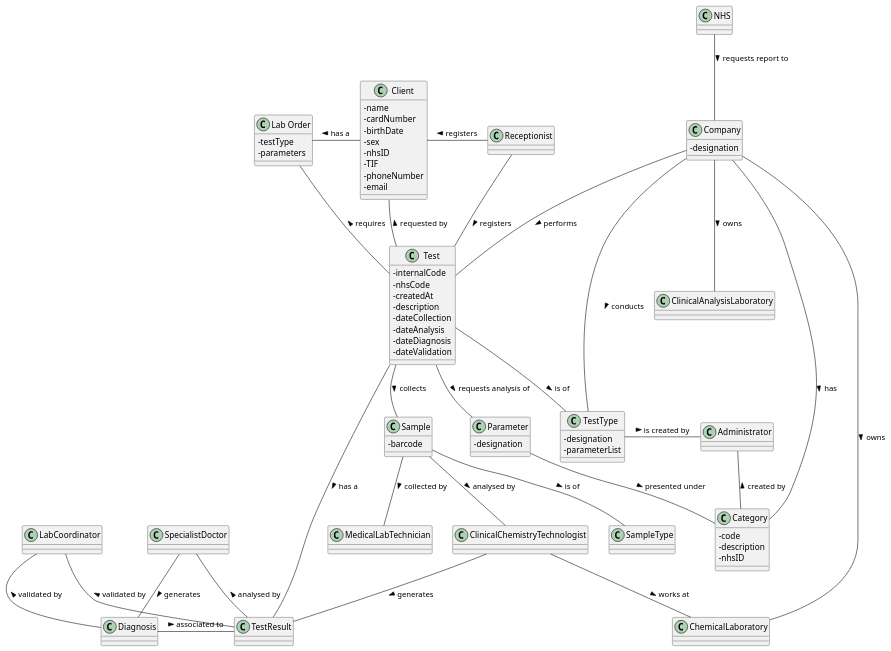
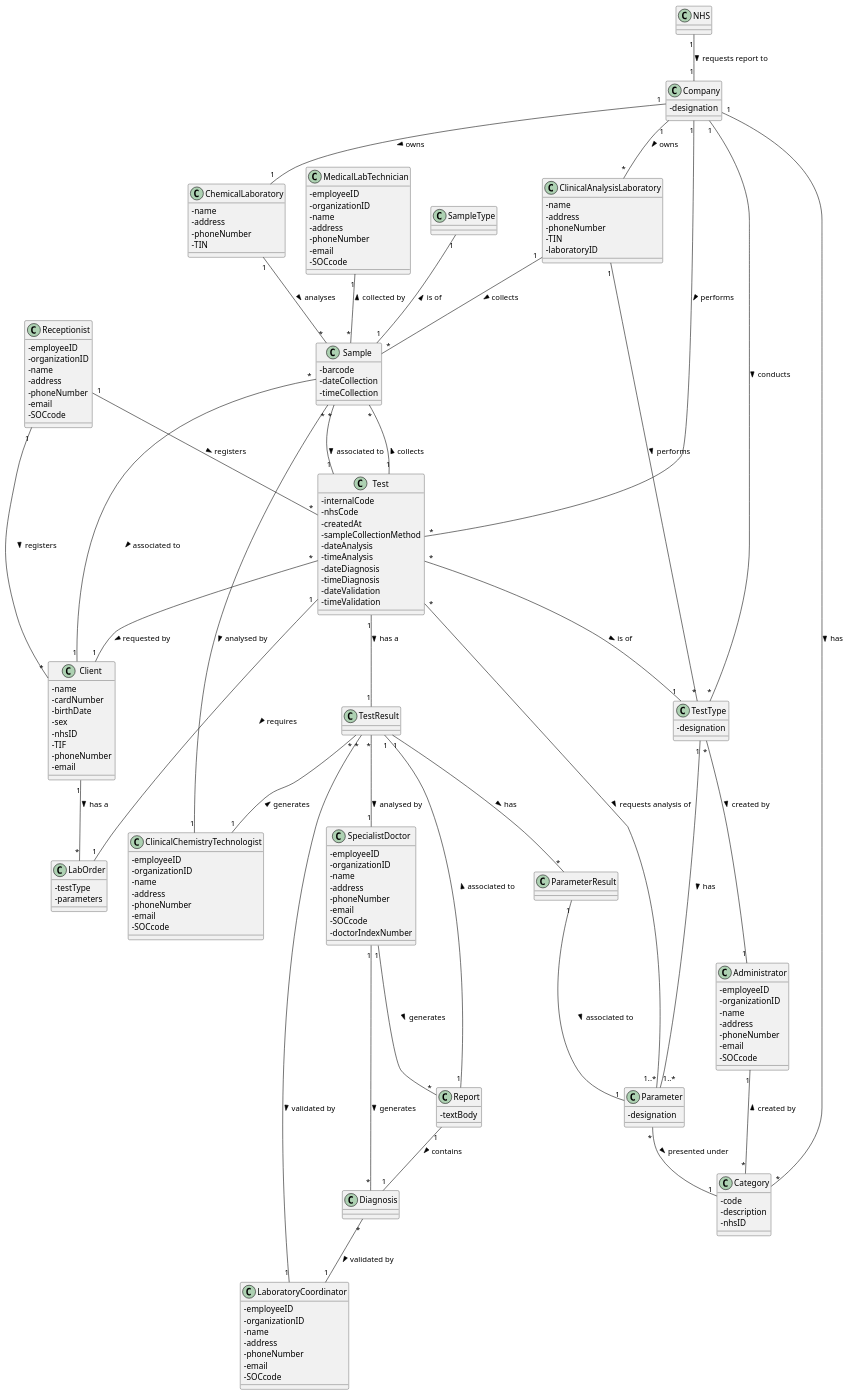
One commit to MadDinosaur/ISEP-LAPR2 changed the diagram in docs/SprintA/DM.puml. Above: the diagram before and after it, drawn with PlantUML. The commit also changed 2 other files, not shown here.

```diff
--- a/docs/SprintA/DM.puml
+++ b/docs/SprintA/DM.puml
@@ -1,87 +1,163 @@
 @startuml
 skinparam classAttributeIconSize 0
-class Test {
--internalCode 
--nhsCode
--createdAt
--description 
--dateCollection 
--dateAnalysis 
--dateDiagnosis 
--dateValidation
+
+class Administrator {
+-employeeID
+-organizationID
+-name
+-address
+-phoneNumber
+-email
+-SOCcode
 }
-class TestType {
--designation
--parameterList
+class Category {
+-code
+-description
+-nhsID
+}
+class ChemicalLaboratory {
+-name
+-address
+-phoneNumber
+-TIN
 }
 class Client {
 -name 
 -cardNumber 
 -birthDate 
 -sex 
 -nhsID
 -TIF
 -phoneNumber
 -email
 }
-class Sample {
--barcode
+class ClinicalAnalysisLaboratory {
+-name
+-address
+-phoneNumber
+-TIN
+-laboratoryID
+}
+class ClinicalChemistryTechnologist {
+-employeeID
+-organizationID
+-name
+-address
+-phoneNumber
+-email
+-SOCcode
+}
+class Company {
+-designation
+}
+class Diagnosis
+class LabOrder {
+-testType 
+-parameters 
+}
+class LaboratoryCoordinator {
+-employeeID
+-organizationID
+-name
+-address
+-phoneNumber
+-email
+-SOCcode
+}
+class MedicalLabTechnician {
+-employeeID
+-organizationID
+-name
+-address
+-phoneNumber
+-email
+-SOCcode
+}
+class NHS
+class Receptionist {
+-employeeID
+-organizationID
+-name
+-address
+-phoneNumber
+-email
+-SOCcode
+}
+class Test {
+-internalCode 
+-nhsCode
+-createdAt
+-sampleCollectionMethod
+-dateAnalysis
+-timeAnalysis
+-dateDiagnosis
+-timeDiagnosis
+-dateValidation
+-timeValidation
 }
 class Parameter {
 -designation
 }
-class "Lab Order" {
--testType 
--parameters 
+class ParameterResult
+class Report {
+-textBody
 }
-class Company {
+class TestResult
+class TestType {
 -designation
 }
-class Category {
--code
--description
--nhsID
+class Sample {
+-barcode
+-dateCollection
+-timeCollection
 }
-class Administrator
 class SampleType
-class MedicalLabTechnician
-class ClinicalChemistryTechnologist
-class ChemicalLaboratory
-class Receptionist
-class TestResult
-class SpecialistDoctor
-class LabCoordinator
-class Diagnosis
-class NHS
-Client -left- "Lab Order" : has a >
-Company -down- TestType : conducts >
-Company -down- ChemicalLaboratory : owns >
-Company -down- ClinicalAnalysisLaboratory : owns >
-Test -down- "TestType" : is of >
-Test -up- Client : requested by >
-Test -down- Sample : collects >
-Test -down- Parameter : requests analysis of >
-Test -up- "Lab Order" : requires >
-Test -up- Company : performs <
-Test -down- TestResult : has a >
-Administrator -- Category : created by <
-Parameter -- Category : presented under >
-SampleType -up- Sample  : is of <
-MedicalLabTechnician -up- Sample : collected by <
-ClinicalChemistryTechnologist -up- Sample : analysed by <
-ClinicalChemistryTechnologist -down- ChemicalLaboratory : works at >
-Receptionist -left- Client : registers >
-Receptionist -down- Test : registers >
-TestResult -up- ClinicalChemistryTechnologist : generates <
-TestResult -up- SpecialistDoctor : analysed by >
-TestResult -up- LabCoordinator : validated by >
-Diagnosis -up- SpecialistDoctor : generates <
-Diagnosis -up- LabCoordinator : validated by >
-Diagnosis -right- TestResult : associated to >
-NHS -down- Company : requests report to >
-Company -down- Category : has >
-TestType -right- Administrator : is created by >
+class SpecialistDoctor {
+-employeeID
+-organizationID
+-name
+-address
+-phoneNumber
+-email
+-SOCcode
+-doctorIndexNumber
+}
 
-'Note:
-'Consider the following generalizations: Employee and Laboratory
+Administrator "1"--"*" Category : created by <
+ChemicalLaboratory "1"--"*" Sample : analyses >
+Client "1"--"*" LabOrder : has a >
+ClinicalAnalysisLaboratory "1"--"*" Sample : collects >
+ClinicalAnalysisLaboratory "1"--"*" TestType : performs >
+ClinicalChemistryTechnologist "1"--"*" Sample : analysed by <
+Company "1"-down-"*" TestType : conducts >
+Company "1"-down-"*" Category : has >
+Company "1"-down-"*" ClinicalAnalysisLaboratory : owns >
+Company "1"-down-"1" ChemicalLaboratory : owns >
+Diagnosis "*"--"1" LaboratoryCoordinator : validated by >
+Diagnosis "*"--"1" SpecialistDoctor : generates <
+MedicalLabTechnician "1"--"*" Sample : collected by <
+NHS "1"--"1" Company : requests report to >
+Parameter "*"--"1" Category : presented under >
+ParameterResult "1"--"1" Parameter : associated to >
+Receptionist "1"--"*" Client : registers >
+Receptionist "1"--"*" Test : registers >
+Report "1"--"1" Diagnosis : contains >
+Report "1"--"1" TestResult : associated to >
+Sample "*"--"1" Client : associated to >
+Sample "*"--"1" Test : associated to >
+SampleType "1"--"1" Sample  : is of <
+SpecialistDoctor "1"--"*" Report : generates >
+Test "*"--"1" Client : requested by >
+Test "*"-up-"1" Company : performs <
+Test "*"--"1..*" Parameter : requests analysis of >
+Test "1"--"1" LabOrder : requires >
+Test "*"--"1" "TestType" : is of >
+Test "1"--"1" TestResult : has a >
+Test "1"--"*" Sample : collects >
+TestResult "*"--"1" LaboratoryCoordinator : validated by >
+TestResult "*"--"1" SpecialistDoctor : analysed by >
+TestResult "*"--"1" ClinicalChemistryTechnologist : generates <
+TestResult "1"--"*" ParameterResult : has >
+TestType "*"--"1" Administrator : created by >
+TestType "1"--"1..*" Parameter : has >
 @enduml
```
